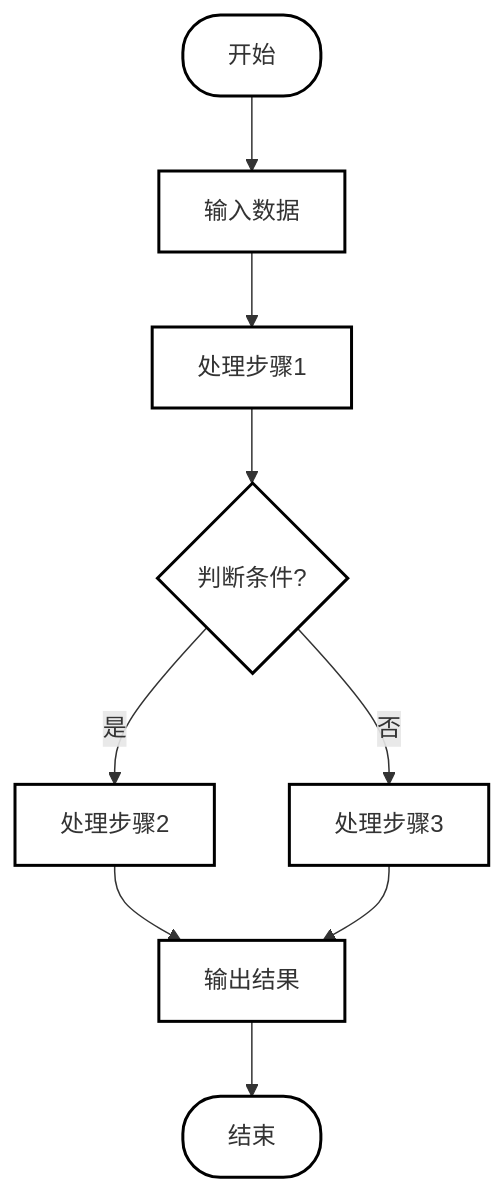
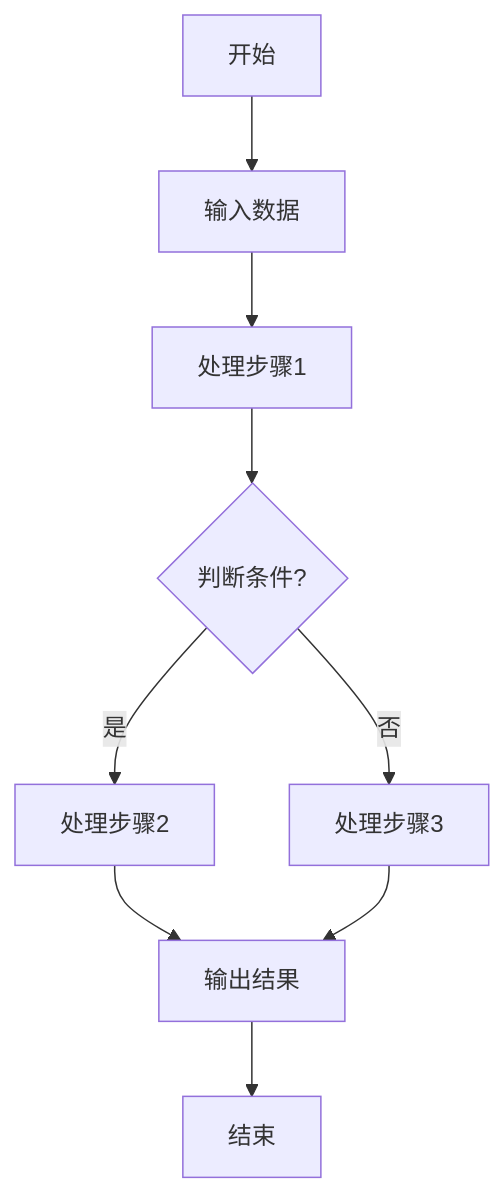
The third of 5 diagrams in verification_full.md (kunjiechen/claude-md-converter), drawn with Mermaid before and after one commit. The commit also changed other lines of this file and 36 other files, not shown here.

Commit message:
更新为python 画图方式

````diff
--- a/verification_full.md
+++ b/verification_full.md
@@ -235,20 +224,11 @@
 ```mermaid
 graph TD
     Start[开始] --> Input[输入数据]
     Input --> Process1[处理步骤1]
     Process1 --> Decision{判断条件?}
     Decision -->|是| Process2[处理步骤2]
     Decision -->|否| Process3[处理步骤3]
     Process2 --> Output[输出结果]
     Process3 --> Output
     Output --> End[结束]
-
-    style Start fill:#ffffff,stroke:#000000,stroke-width:2px,rx:25,ry:25
-    style Input fill:#ffffff,stroke:#000000,stroke-width:2px
-    style Process1 fill:#ffffff,stroke:#000000,stroke-width:2px
-    style Decision fill:#ffffff,stroke:#000000,stroke-width:2px,rx:5,ry:5
-    style Process2 fill:#ffffff,stroke:#000000,stroke-width:2px
-    style Process3 fill:#ffffff,stroke:#000000,stroke-width:2px
-    style Output fill:#ffffff,stroke:#000000,stroke-width:2px
-    style End fill:#ffffff,stroke:#000000,stroke-width:2px,rx:25,ry:25
 ```
````
